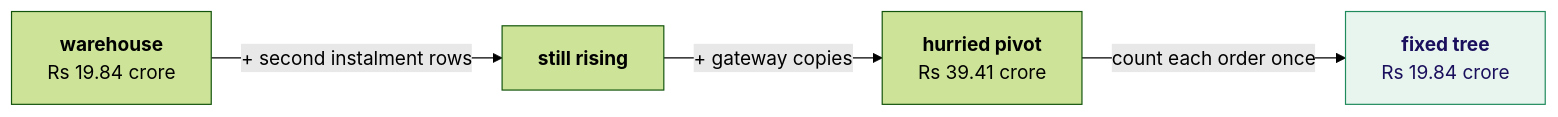
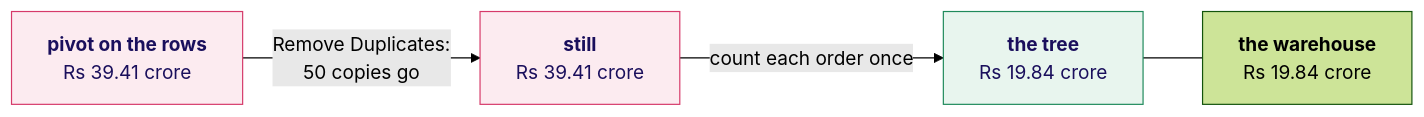
One commit to fde-academy-lab/c2-content-factory changed the third of 9 diagrams in content/W02/D5/whiteboards/C2_W02_D05_board_STUDENT.md. Above: the diagram before and after it, drawn with Mermaid (forest theme). The commit also changed other lines of this file and 4 other files, not shown here.

````diff
--- a/content/W02/D5/whiteboards/C2_W02_D05_board_STUDENT.md
+++ b/content/W02/D5/whiteboards/C2_W02_D05_board_STUDENT.md
@@ -46,8 +49,10 @@
 ```mermaid
 flowchart LR
-    W["<b>warehouse</b><br/>Rs 19.84 crore"] -->|"+ second instalment rows"| I["<b>still rising</b>"]
-    I -->|"+ gateway copies"| H["<b>hurried pivot</b><br/>Rs 39.41 crore"]
-    H -->|"count each order once"| F["<b>fixed tree</b><br/>Rs 19.84 crore"]
+    P["<b>pivot on the rows</b><br/>Rs 39.41 crore"] -->|"Remove Duplicates:<br/>50 copies go"| R["<b>still</b><br/>Rs 39.41 crore"]
+    R -->|"count each order once"| O["<b>the tree</b><br/>Rs 19.84 crore"]
+    O --- W["<b>the warehouse</b><br/>Rs 19.84 crore"]
+    classDef bad fill:#FCEBF0,stroke:#D63A6A,color:#1A0F5C
     classDef good fill:#E8F5EE,stroke:#1F8A5B,color:#1A0F5C
-    class F good
+    class P,R bad
+    class O good
 ```
````
